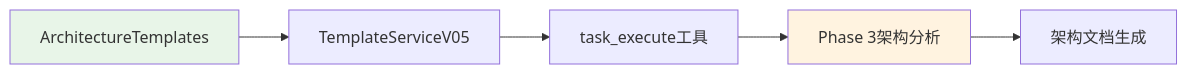
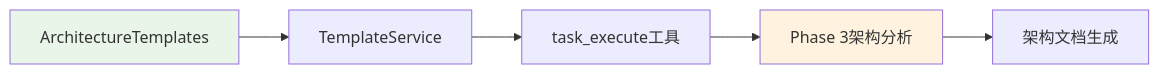
The second of 2 diagrams in docs/files/summaries/src/templates/templates/architecture_templates.py.md (MGX-LJY/CodeLens), drawn with Mermaid before and after one commit. The commit also changed 10 other files, not shown here.

````diff
--- a/docs/files/summaries/src/templates/templates/architecture_templates.py.md
+++ b/docs/files/summaries/src/templates/templates/architecture_templates.py.md
@@ -89,10 +89,10 @@
 ```mermaid
 graph LR
-    A[ArchitectureTemplates] --> B[TemplateServiceV05]
+    A[ArchitectureTemplates] --> B[TemplateService]
     B --> C[task_execute工具]
     C --> D[Phase 3架构分析]
     D --> E[架构文档生成]
     
     style A fill:#e8f5e8
     style D fill:#fff3e0
 ```
````
